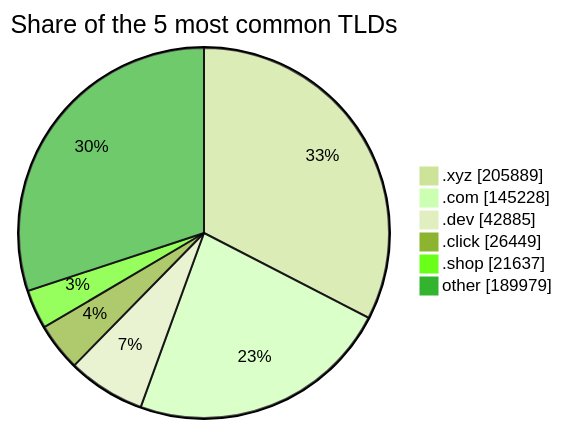
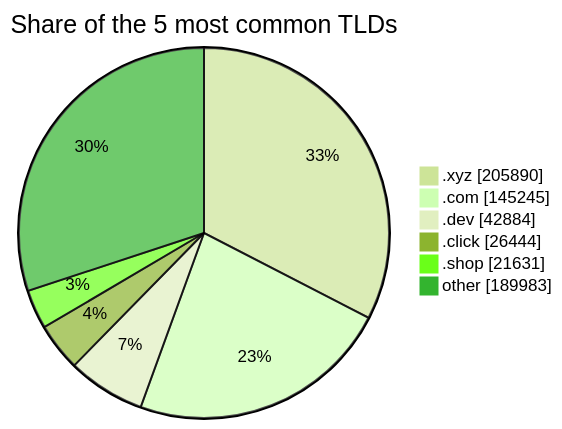
Before and after one commit to DNSBunker/CTI: the third of 3 diagrams in README.md, drawn with Mermaid (forest theme). The commit also changed other lines of this file and 3 other files, not shown here.

````diff
--- a/README.md
+++ b/README.md
@@ -81,9 +81,9 @@
 ```mermaid
 pie showData title Share of the 5 most common TLDs
-    ".xyz" : 205889
-    ".com" : 145228
-    ".dev" : 42885
-    ".click" : 26449
-    ".shop" : 21637
-    "other" : 189979
+    ".xyz" : 205890
+    ".com" : 145245
+    ".dev" : 42884
+    ".click" : 26444
+    ".shop" : 21631
+    "other" : 189983
 ```
````
